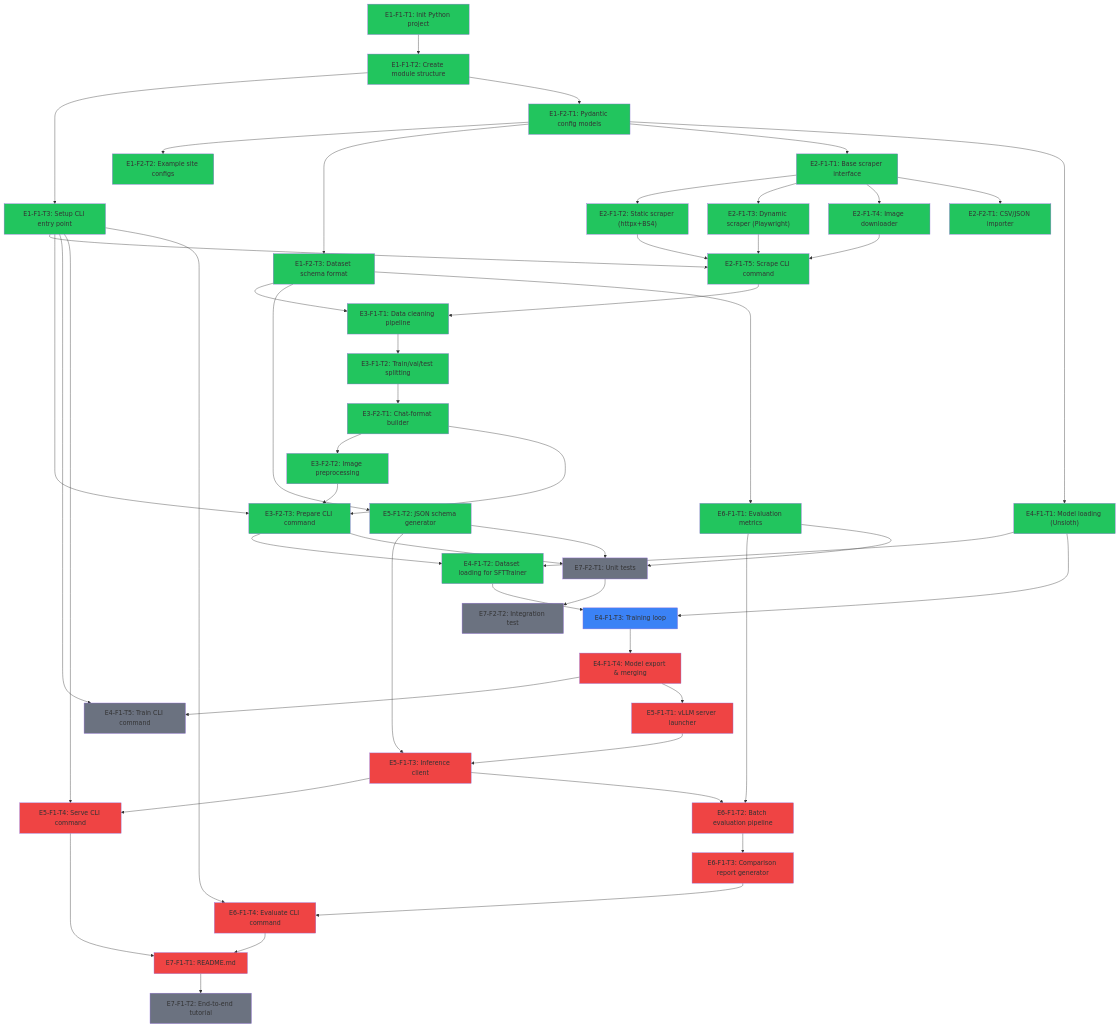
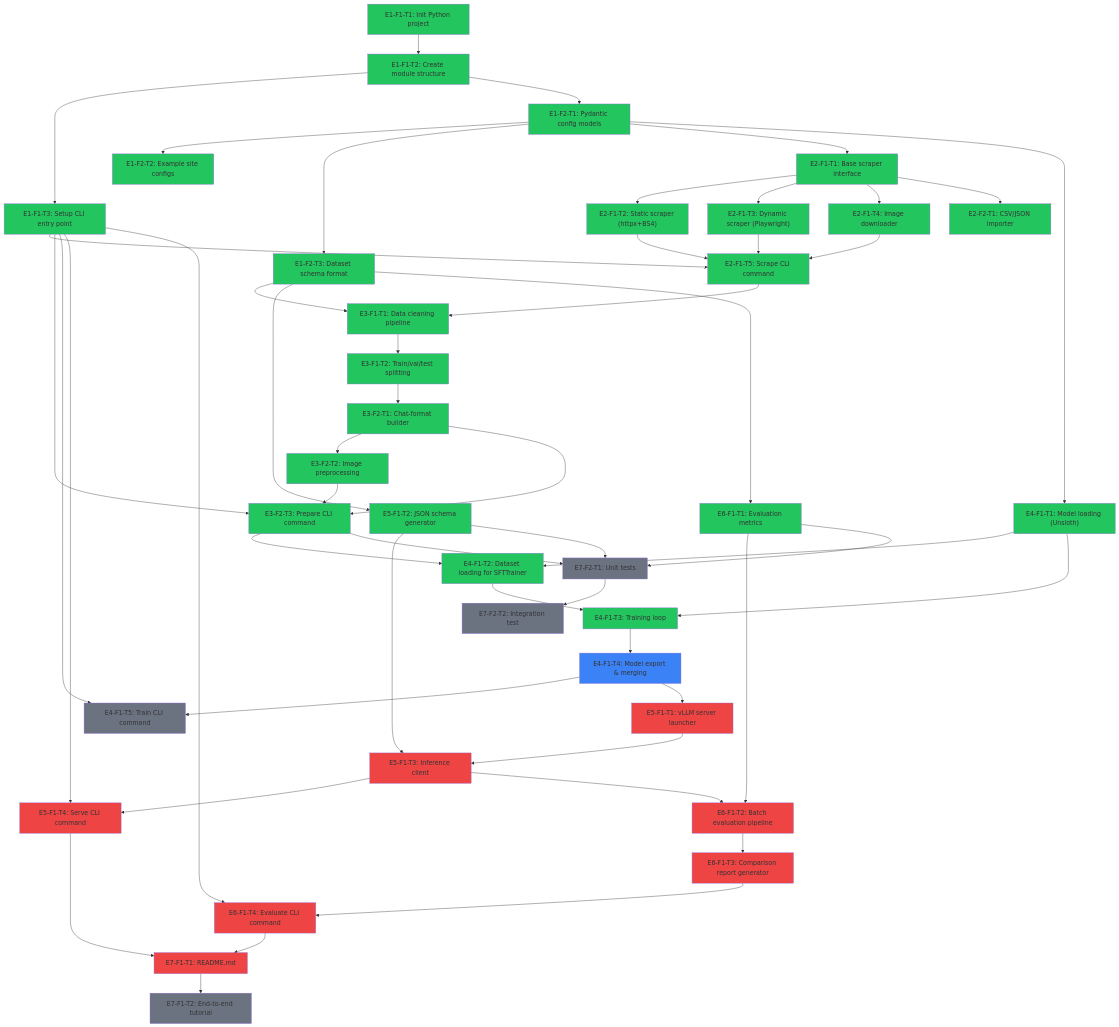
One commit to Vutiot/ArticleTagging changed the diagram in ROADMAP.md. Above: the diagram before and after it, drawn with Mermaid. The commit also changed other lines of this file and 1 other file, not shown here.

Commit message:
E4-F1-T3: Implement training loop with SFTTrainer
- run_training(): orchestrates model loading, SFTConfig, SFTTrainer,
  UnslothVisionDataCollator, early stopping, and adapter saving
- All heavy imports lazy (trl, transformers, wandb)
- CUDA OOM caught with helpful suggestion to reduce batch size
- Optional W&B logging, bf16 training by default

```diff
--- a/ROADMAP.md
+++ b/ROADMAP.md
@@ -138,12 +138,12 @@
   style E3F2T1 fill:#22c55e
   style E3F2T3 fill:#22c55e
   style E4F1T2 fill:#22c55e
+  style E4F1T3 fill:#22c55e
 
   %% Ready (blue) — all blockers resolved
-  style E4F1T3 fill:#3b82f6
+  style E4F1T4 fill:#3b82f6
 
   %% Critical path remaining (red)
-  style E4F1T4 fill:#ef4444
   style E5F1T1 fill:#ef4444
   style E5F1T3 fill:#ef4444
   style E5F1T4 fill:#ef4444
```
